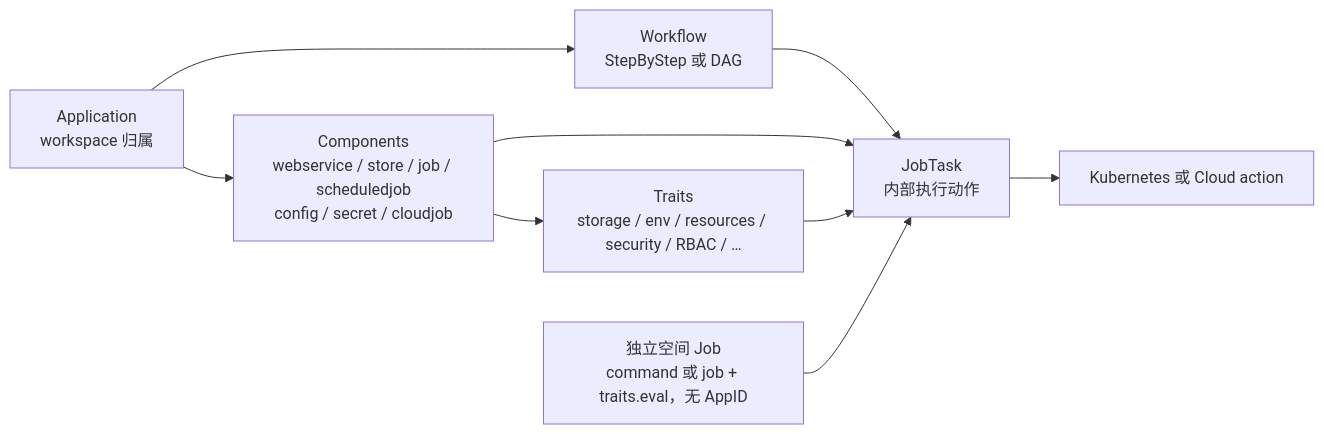
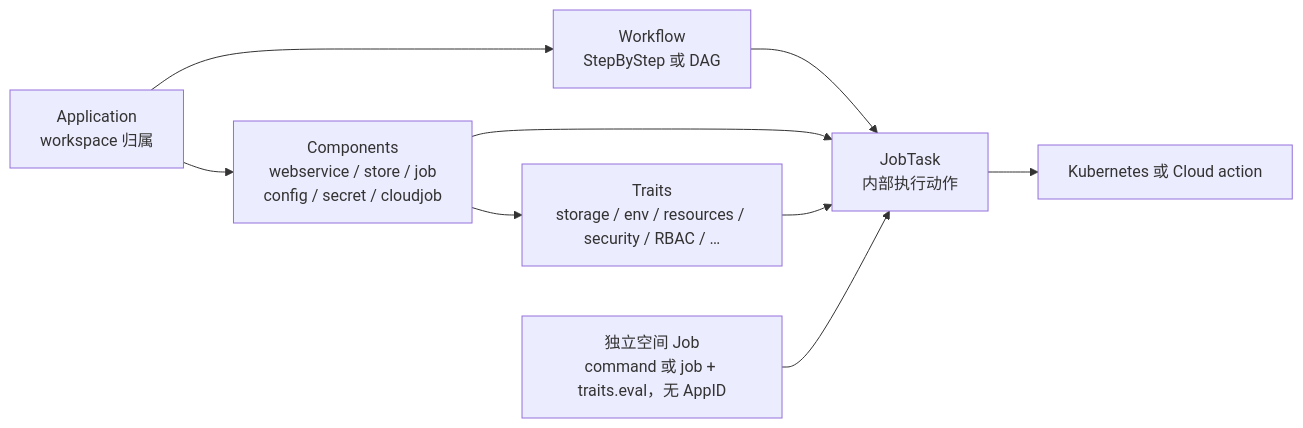
One commit to PixelCores/Eruun changed the third of 5 diagrams in docs/architecture-diagrams.md. Above: the diagram before and after it, drawn with Mermaid. The commit also changed 156 other files, not shown here.

````diff
--- a/docs/architecture-diagrams.md
+++ b/docs/architecture-diagrams.md
@@ -76,19 +76,19 @@
 ```mermaid
 flowchart LR
     App["Application<br/>workspace 归属"]
-    Components["Components<br/>webservice / store / job / scheduledjob<br/>config / secret / cloudjob"]
+    Components["Components<br/>webservice / store / job<br/>config / secret / cloudjob"]
     Traits["Traits<br/>storage / env / resources / security / RBAC / …"]
     Workflow["Workflow<br/>StepByStep 或 DAG"]
     WorkspaceJob["独立空间 Job<br/>command 或 job + traits.eval，无 AppID"]
     JobTask["JobTask<br/>内部执行动作"]
     Resources[Kubernetes 或 Cloud action]
 
     App --> Components
     Components --> Traits
     App --> Workflow
     Workflow --> JobTask
     Components --> JobTask
     Traits --> JobTask
     WorkspaceJob --> JobTask
     JobTask --> Resources
 ```
````
